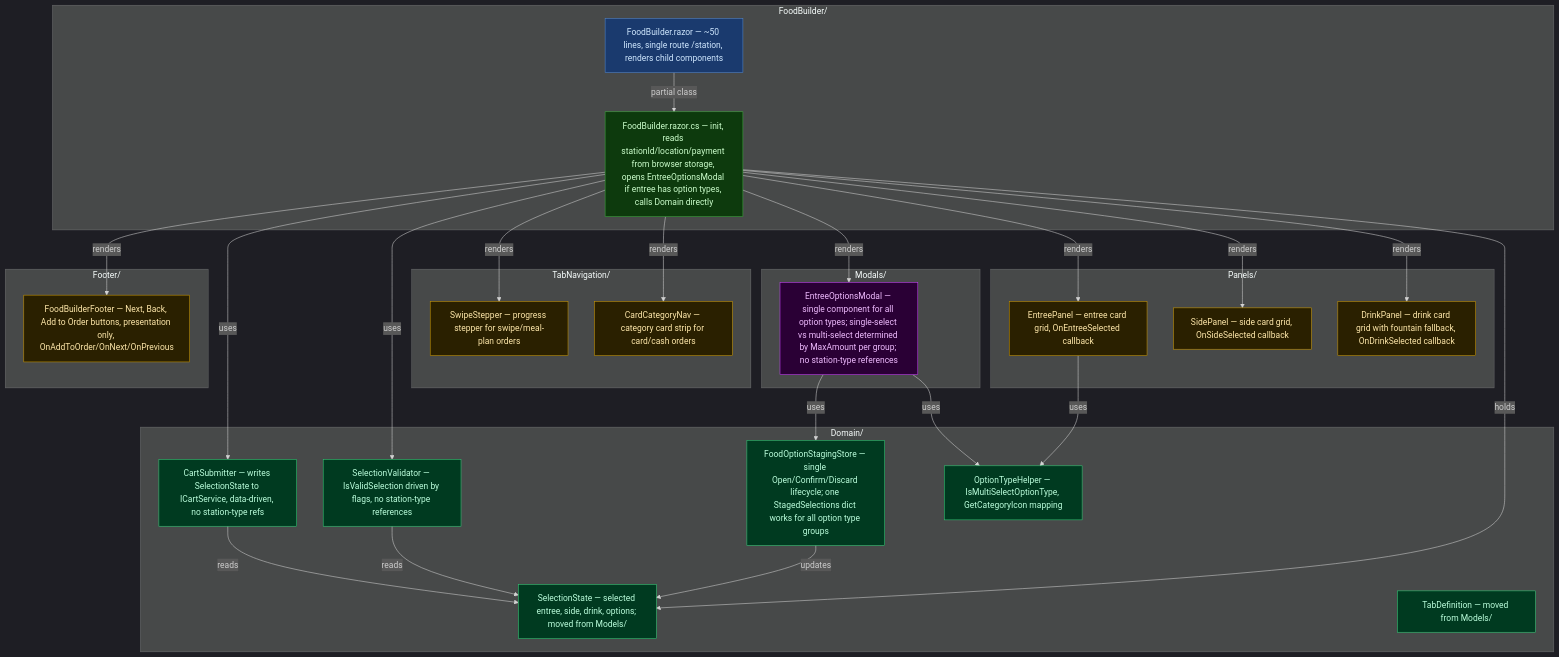
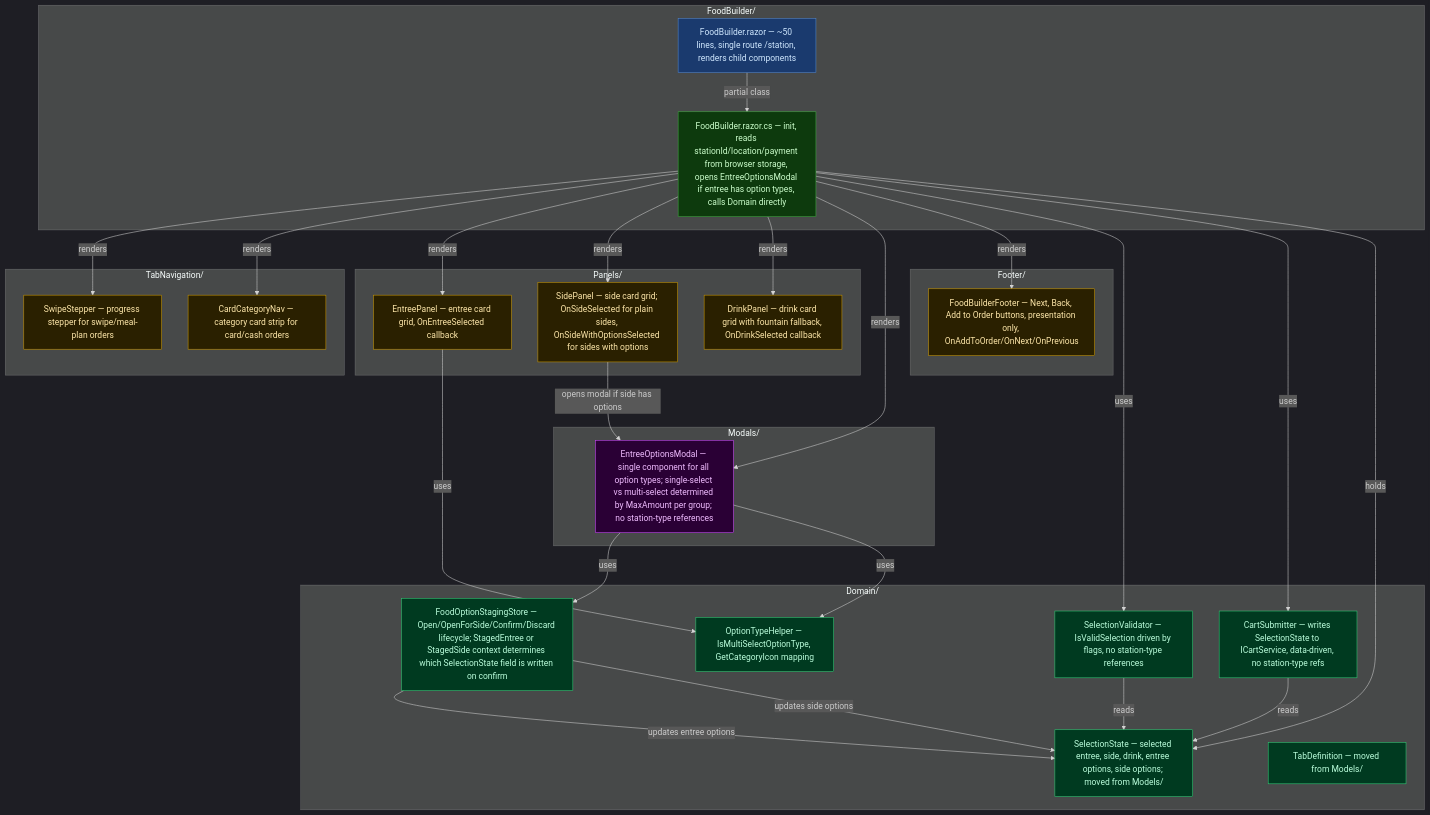
One commit to tjwalkr3/snow-cafeteria-portal changed the second of 2 diagrams in docs/foodbuilder_gameplan.md. Above: the diagram before and after it, drawn with Mermaid. The commit also changed other lines of this file, not shown here.

````diff
--- a/docs/foodbuilder_gameplan.md
+++ b/docs/foodbuilder_gameplan.md
@@ -146,60 +158,62 @@
 ```mermaid
 %%{init: {'theme': 'dark'}}%%
 graph TB
     classDef page      fill:#1a3a6e,stroke:#5588cc,color:#d0e8ff
     classDef cb        fill:#0d3a0d,stroke:#44aa44,color:#ccffcc
     classDef component fill:#2a2000,stroke:#cc9900,color:#ffe8aa
     classDef modal     fill:#2a0035,stroke:#cc44ff,color:#f0bbff
     classDef domain    fill:#003a20,stroke:#33cc77,color:#bbffdd
 
     subgraph fb["FoodBuilder/"]
         FBR["FoodBuilder.razor — ~50 lines, single route /station, renders child components"]:::page
         FBCS["FoodBuilder.razor.cs — init, reads stationId/location/payment from browser storage, opens EntreeOptionsModal if entree has option types, calls Domain directly"]:::cb
     end
 
     subgraph tabnav["TabNavigation/"]
         SWS["SwipeStepper — progress stepper for swipe/meal-plan orders"]:::component
         CCN["CardCategoryNav — category card strip for card/cash orders"]:::component
     end
 
     subgraph panels["Panels/"]
         EP["EntreePanel — entree card grid, OnEntreeSelected callback"]:::component
-        SP["SidePanel — side card grid, OnSideSelected callback"]:::component
+        SP["SidePanel — side card grid; OnSideSelected for plain sides, OnSideWithOptionsSelected for sides with options"]:::component
         DP["DrinkPanel — drink card grid with fountain fallback, OnDrinkSelected callback"]:::component
     end
 
     subgraph modals["Modals/"]
         EOM["EntreeOptionsModal — single component for all option types; single-select vs multi-select determined by MaxAmount per group; no station-type references"]:::modal
     end
 
     subgraph footer["Footer/"]
         FF["FoodBuilderFooter — Next, Back, Add to Order buttons, presentation only, OnAddToOrder/OnNext/OnPrevious"]:::component
     end
 
     subgraph domain["Domain/"]
-        SEL["SelectionState — selected entree, side, drink, options; moved from Models/"]:::domain
+        SEL["SelectionState — selected entree, side, drink, entree options, side options; moved from Models/"]:::domain
         TD2["TabDefinition — moved from Models/"]:::domain
         VAL["SelectionValidator — IsValidSelection driven by flags, no station-type references"]:::domain
         CART["CartSubmitter — writes SelectionState to ICartService, data-driven, no station-type refs"]:::domain
-        STAGE["FoodOptionStagingStore — single Open/Confirm/Discard lifecycle; one StagedSelections dict works for all option type groups"]:::domain
+        STAGE["FoodOptionStagingStore — Open/OpenForSide/Confirm/Discard lifecycle; StagedEntree or StagedSide context determines which SelectionState field is written on confirm"]:::domain
         OTH["OptionTypeHelper — IsMultiSelectOptionType, GetCategoryIcon mapping"]:::domain
     end
 
     FBR --> |partial class| FBCS
     FBCS --> |renders| SWS
     FBCS --> |renders| CCN
     FBCS --> |renders| EP
     FBCS --> |renders| SP
     FBCS --> |renders| DP
     FBCS --> |renders| EOM
     FBCS --> |renders| FF
     FBCS --> |uses| VAL
     FBCS --> |uses| CART
     FBCS --> |holds| SEL
     EOM --> |uses| STAGE
-    STAGE --> |updates| SEL
+    STAGE --> |updates entree options| SEL
+    STAGE --> |updates side options| SEL
+    SP --> |opens modal if side has options| EOM
     VAL --> |reads| SEL
     CART --> |reads| SEL
     EP --> |uses| OTH
     EOM --> |uses| OTH
 ```
````
